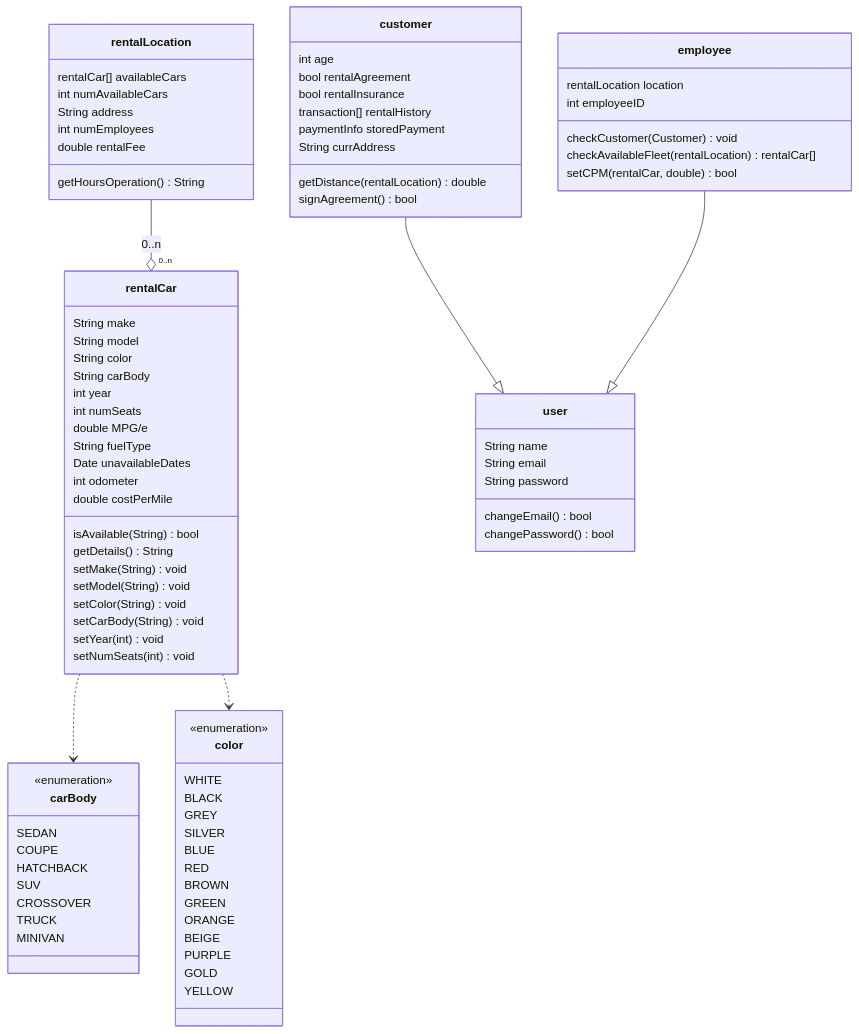
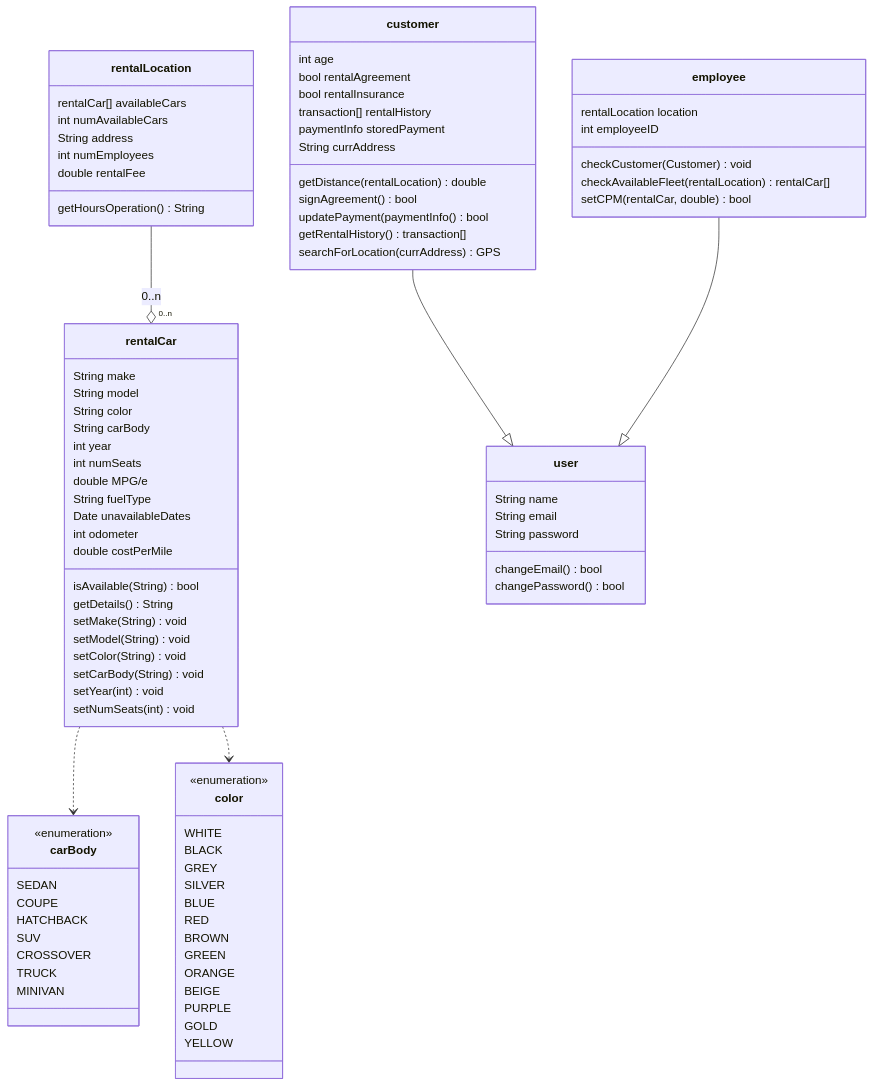
One commit to bczuniga/CS250-Sp23-Group13 changed the diagram in UML Car Rental.md. Above: the diagram before and after it, drawn with Mermaid.

Commit message:
Updated UML Car Rental.md

```diff
--- a/UML Car Rental.md
+++ b/UML Car Rental.md
@@ -28,6 +28,9 @@
         
         getDistance(rentalLocation) double
         signAgreement() bool
+        updatePayment(paymentInfo() bool
+        getRentalHistory() transaction[]
+        searchForLocation(currAddress) GPS
     }
     
     class employee {
```
